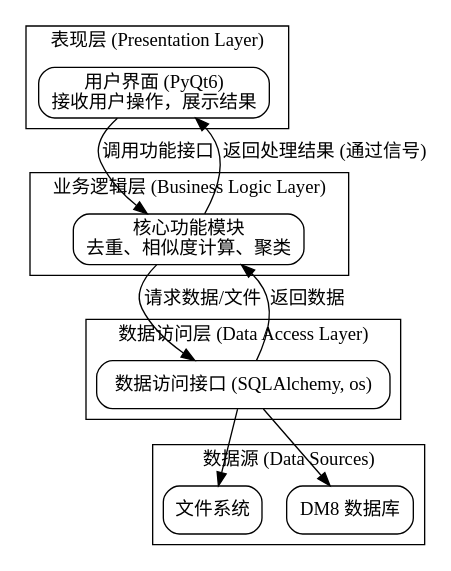
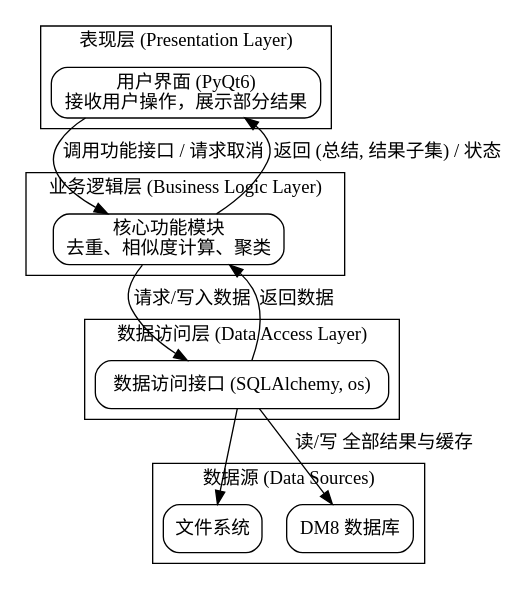
The diagram in source/architecture.rst (lushanglou-code/Qzen), drawn with Graphviz before and after one commit. The commit also changed other lines of this file and 5 other files, not shown here.

```diff
--- a/source/architecture.rst
+++ b/source/architecture.rst
@@ -56,42 +54,42 @@
 .. graphviz::
    :align: center
 
    digraph Architecture {
       // --- 全局字体和编码设置 ---
       graph [fontname="Microsoft YaHei"];
       node  [fontname="Microsoft YaHei"];
       edge  [fontname="Microsoft YaHei"];
 
       // --- 布局和样式设置 ---
       rankdir=TB;
       node [shape=box, style=rounded];
 
       // --- 图形内容 ---
       subgraph cluster_ui {
          label = "表现层 (Presentation Layer)";
-         ui [label="用户界面 (PyQt6)\n接收用户操作，展示结果"];
+         ui [label="用户界面 (PyQt6)\n接收用户操作，展示部分结果"];
       }
 
       subgraph cluster_core {
          label = "业务逻辑层 (Business Logic Layer)";
          core [label="核心功能模块\n去重、相似度计算、聚类"];
       }
 
       subgraph cluster_data {
          label = "数据访问层 (Data Access Layer)";
          dal [label="数据访问接口 (SQLAlchemy, os)"];
       }
 
       subgraph cluster_datasource {
          label = "数据源 (Data Sources)";
          filesystem [label="文件系统"];
          database [label="DM8 数据库"];
       }
 
-      ui -> core [label="调用功能接口"];
-      core -> ui [label="返回处理结果 (通过信号)"];
-      core -> dal [label="请求数据/文件"];
+      ui -> core [label="调用功能接口 / 请求取消"];
+      core -> ui [label="返回 (总结, 结果子集) / 状态"];
+      core -> dal [label="请求/写入数据"];
       dal -> core [label="返回数据"];
       dal -> filesystem;
-      dal -> database;
+      dal -> database [label="读/写 全部结果与缓存"];
    }
```
